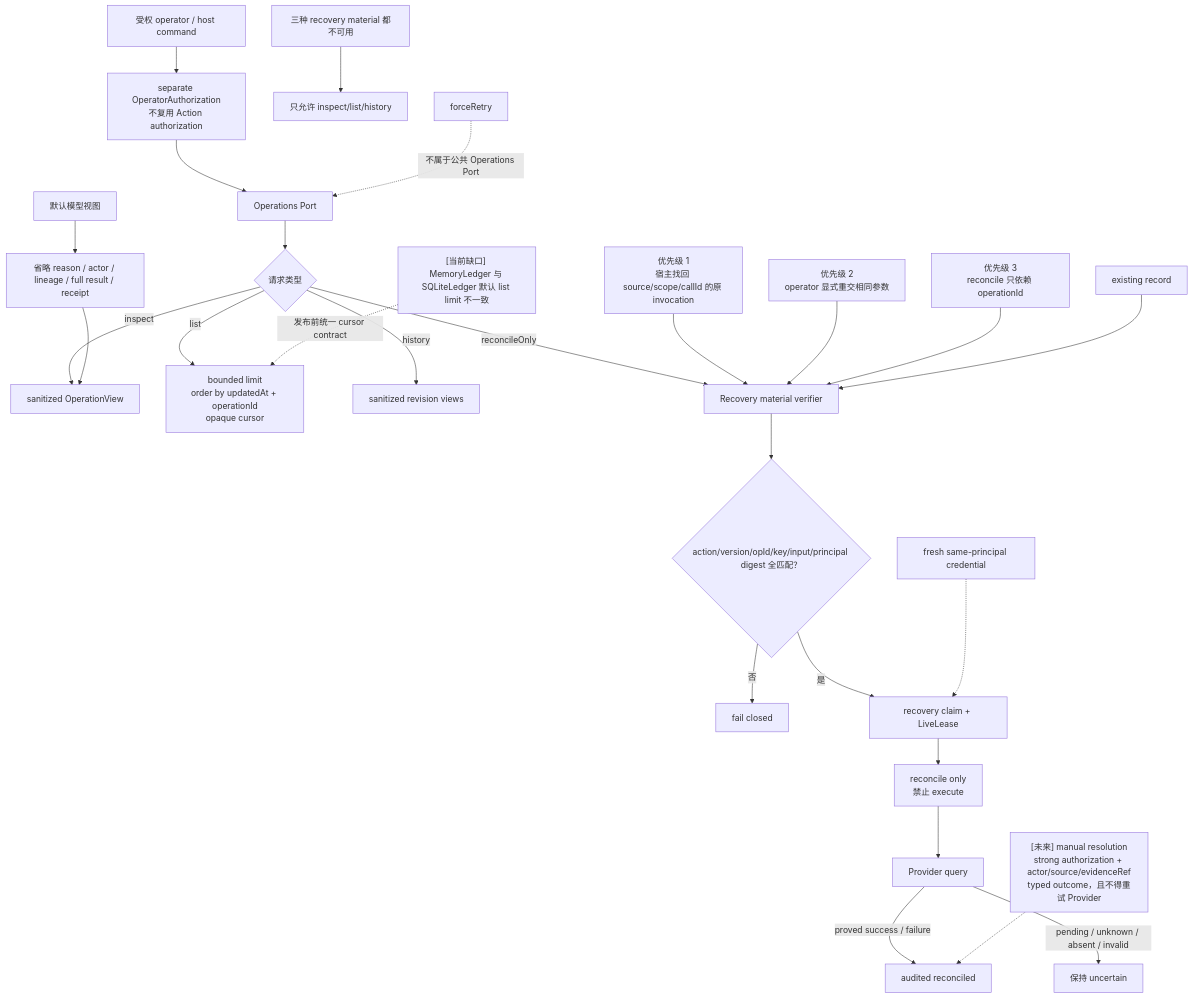
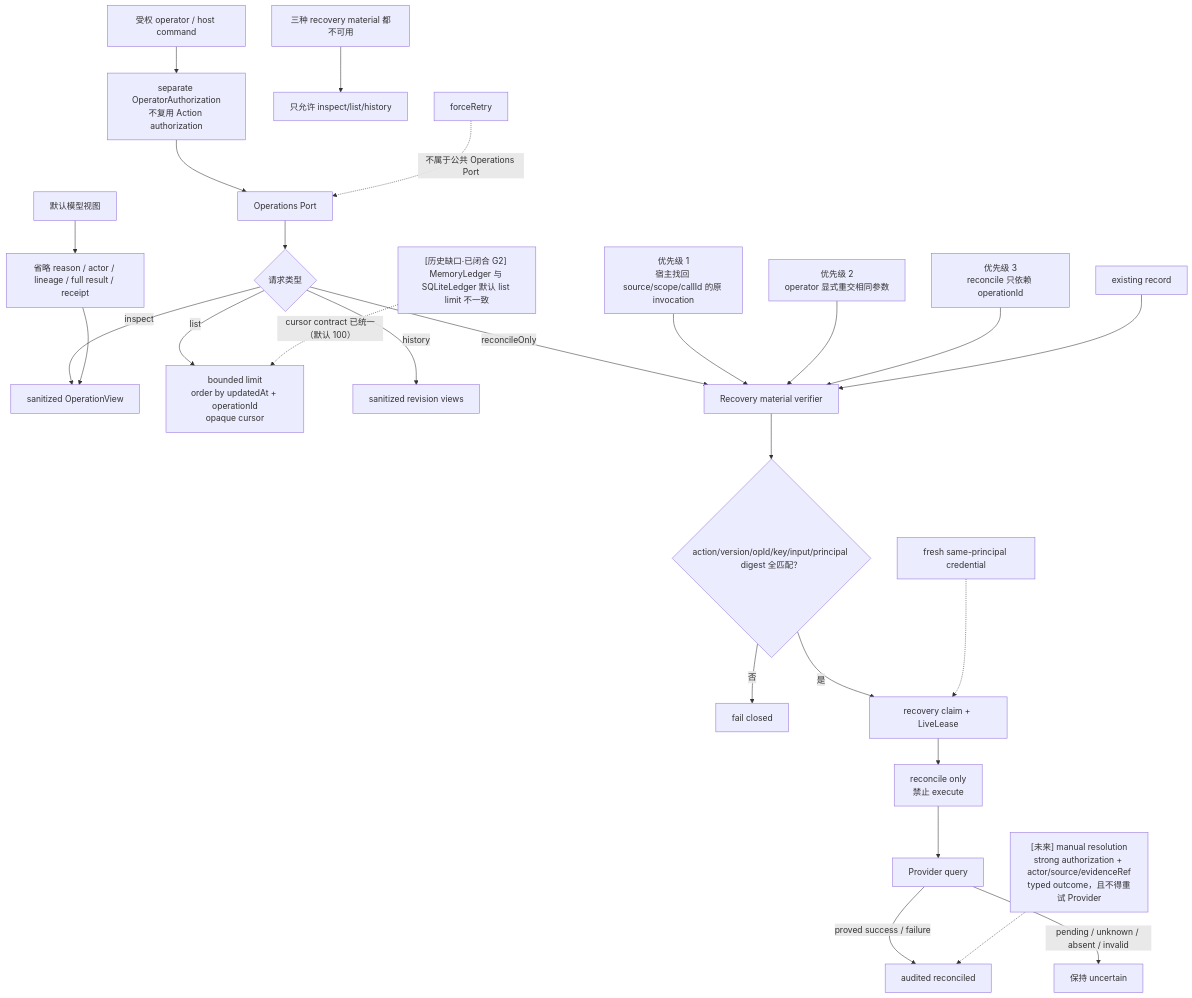
One commit to orangeofcarl0-sys/ordarium changed diagram 33 of 41 in docs/16-ordarium-mermaid-architecture-atlas.md. Above: the diagram before and after it, drawn with Mermaid. The commit also changed other lines of this file and 15 other files, not shown here.

````diff
--- a/docs/16-ordarium-mermaid-architecture-atlas.md
+++ b/docs/16-ordarium-mermaid-architecture-atlas.md
@@ -1196,30 +1200,30 @@
 ```mermaid
 flowchart TD
     ACTOR["受权 operator / host command"] --> AUTHZ["separate OperatorAuthorization<br/>不复用 Action authorization"]
     AUTHZ --> OPS["Operations Port"]
     OPS --> READ{"请求类型"}
     READ -->|"inspect"| VIEW["sanitized OperationView"]
     READ -->|"list"| PAGE["bounded limit<br/>order by updatedAt + operationId<br/>opaque cursor"]
     READ -->|"history"| EVENTS["sanitized revision views"]
     READ -->|"reconcileOnly"| MATERIAL["Recovery material verifier"]
 
     SESSION["优先级 1<br/>宿主找回 source/scope/callId 的原 invocation"] --> MATERIAL
     RESUBMIT["优先级 2<br/>operator 显式重交相同参数"] --> MATERIAL
     INPUTLESS["优先级 3<br/>reconcile 只依赖 operationId"] --> MATERIAL
     LEDGER["existing record"] --> MATERIAL
     MATERIAL --> MATCH{"action/version/opId/key/input/principal digest 全匹配？"}
     MATCH -->|"否"| REJECT["fail closed"]
     MATCH -->|"是"| CLAIM["recovery claim + LiveLease"]
     CREDENTIAL["fresh same-principal credential"] -.-> CLAIM
     CLAIM --> QUERY["reconcile only<br/>禁止 execute"]
     QUERY --> PROVIDER["Provider query"]
     PROVIDER -->|"proved success / failure"| TERMINAL["audited reconciled"]
     PROVIDER -->|"pending / unknown / absent / invalid"| UNCERTAIN["保持 uncertain"]
 
     NO_MATERIAL["三种 recovery material 都不可用"] --> ONLY_READ["只允许 inspect/list/history"]
     MODEL["默认模型视图"] --> REDACT["省略 reason / actor / lineage / full result / receipt"]
     REDACT --> VIEW
     FORCE["forceRetry"] -.->|"不属于公共 Operations Port"| OPS
-    CURRENT_LIST["[当前缺口] MemoryLedger 与 SQLiteLedger 默认 list limit 不一致"] -.->|"发布前统一 cursor contract"| PAGE
+    CURRENT_LIST["[历史缺口·已闭合 G2] MemoryLedger 与 SQLiteLedger 默认 list limit 不一致"] -.->|"cursor contract 已统一（默认 100）"| PAGE
     HUMAN["[未来] manual resolution<br/>strong authorization + actor/source/evidenceRef<br/>typed outcome，且不得重试 Provider"] -.-> TERMINAL
 ```
````
